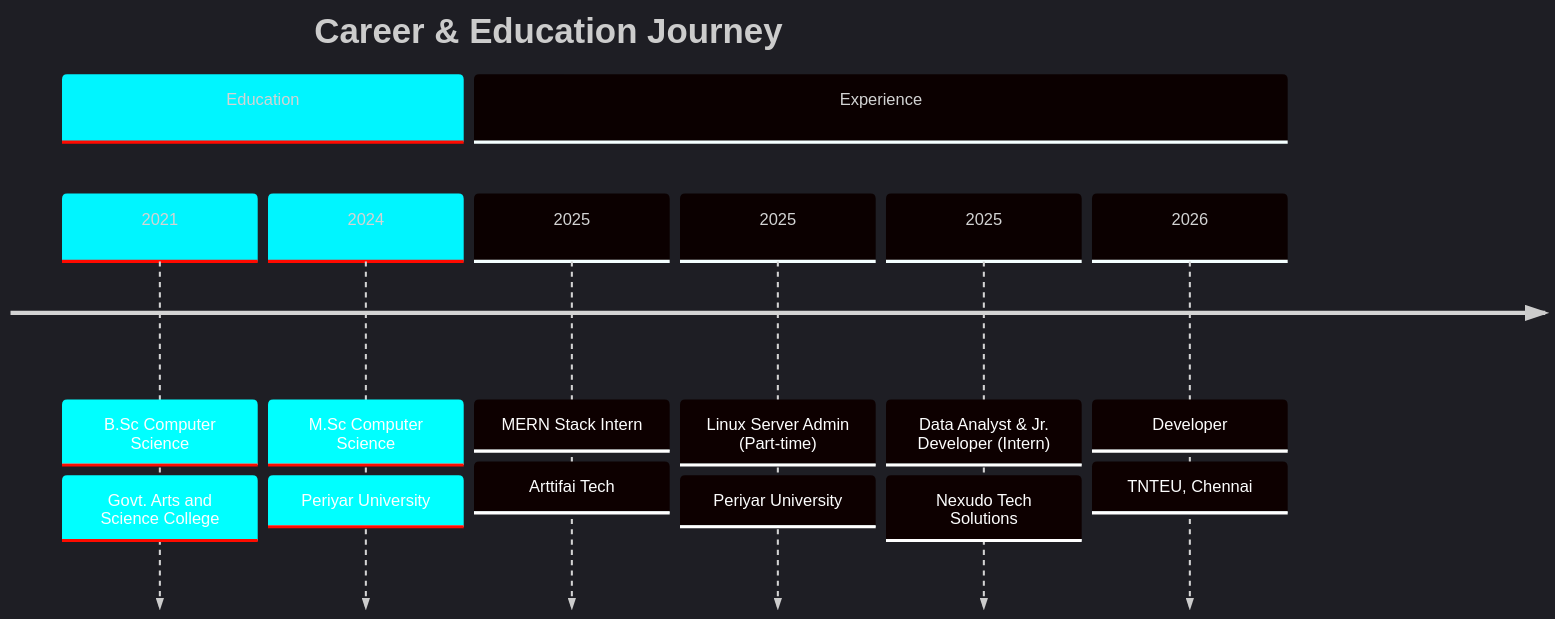
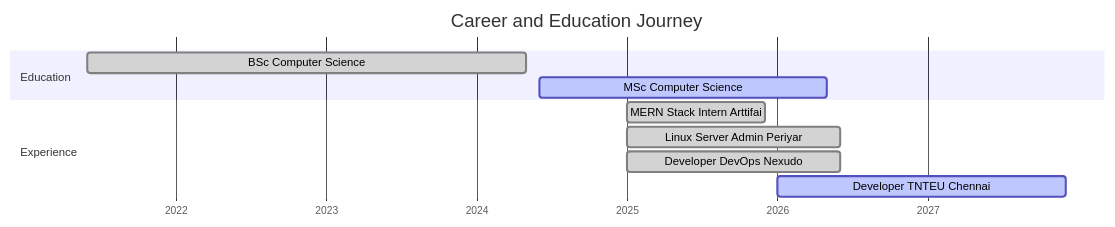
Before and after one commit to Udhayaboopathi/udhayaboopathi: the fifth of 6 diagrams in README.md, drawn with Mermaid. The commit also changed other lines of this file and 2 other files, not shown here.

````diff
--- a/README.md
+++ b/README.md
@@ -622,19 +624,16 @@
 ```mermaid
-%%{init: {'theme': 'dark', 'themeVariables': { 'primaryColor': '#00f5ff', 'primaryTextColor': '#fff', 'lineColor': '#39ff14', 'secondaryColor': '#161b22'}}}%%
-timeline
-    title Career & Education Journey
+gantt
+    title Career and Education Journey
+    dateFormat YYYY-MM
+    axisFormat %Y
+
     section Education
-        2021 : B.Sc Computer Science
-             : Govt. Arts and Science College
-        2024 : M.Sc Computer Science
-             : Periyar University
+    BSc Computer Science            :done, bsc, 2021-06, 2024-05
+    MSc Computer Science            :active, msc, 2024-06, 2026-05
+
     section Experience
-        2025 : MERN Stack Intern
-             : Arttifai Tech
-        2025 : Linux Server Admin (Part-time)
-             : Periyar University
-        2025 : Data Analyst & Jr. Developer (Intern)
-             : Nexudo Tech Solutions
-        2026 : Developer
-             : TNTEU, Chennai
+    MERN Stack Intern Arttifai      :done, art, 2025-01, 2025-12
+    Linux Server Admin Periyar      :done, linux, 2025-01, 2026-06
+    Developer DevOps Nexudo         :done, nexudo, 2025-01, 2026-06
+    Developer TNTEU Chennai           :active, tnteu, 2026-01, 2027-12
 ```
````
